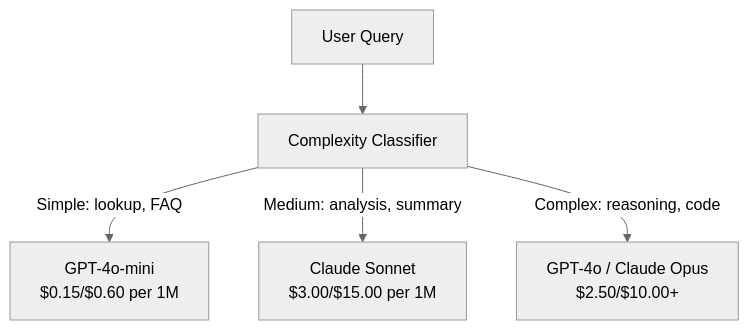
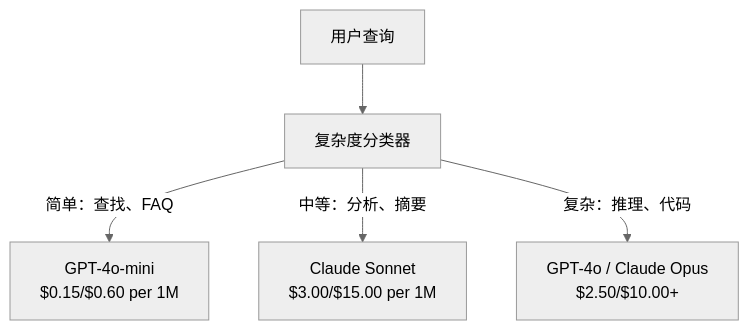
Before and after one commit to cq0206/ai-engineering-from-scratch: the third of 3 diagrams in phases/11-llm-engineering/11-caching-cost.md, drawn with Mermaid (neutral theme). The commit also changed other lines of this file and 67 other files, not shown here.

````diff
--- a/phases/11-llm-engineering/11-caching-cost.md
+++ b/phases/11-llm-engineering/11-caching-cost.md
@@ -125,7 +125,7 @@
 ```mermaid
 flowchart TD
-    A[User Query] --> B[Complexity Classifier]
-    B -->|Simple: lookup, FAQ| C[GPT-4o-mini<br/>$0.15/$0.60 per 1M]
-    B -->|Medium: analysis, summary| D[Claude Sonnet<br/>$3.00/$15.00 per 1M]
-    B -->|Complex: reasoning, code| E[GPT-4o / Claude Opus<br/>$2.50/$10.00+]
+    A[用户查询] --> B[复杂度分类器]
+    B -->|简单：查找、FAQ| C[GPT-4o-mini<br/>$0.15/$0.60 per 1M]
+    B -->|中等：分析、摘要| D[Claude Sonnet<br/>$3.00/$15.00 per 1M]
+    B -->|复杂：推理、代码| E[GPT-4o / Claude Opus<br/>$2.50/$10.00+]
 ```
````
